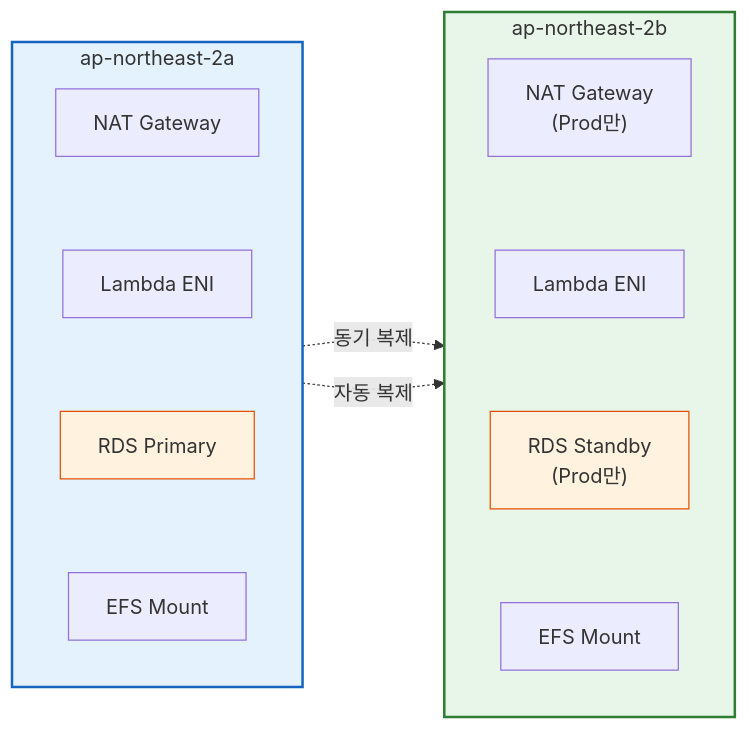
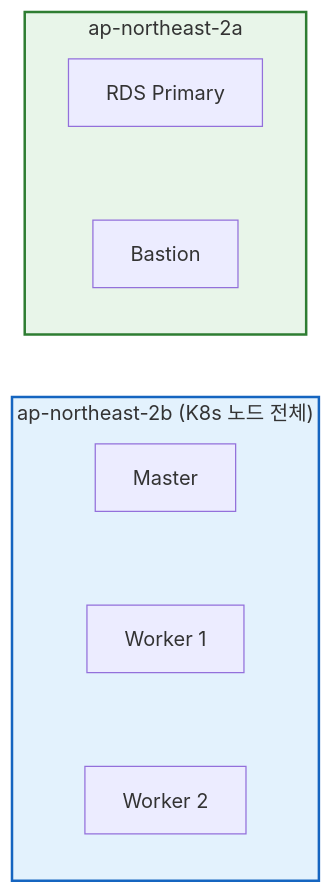
Before and after one commit to 80-hours-a-week/2-cho-community-be: diagram 11 of 18 in report.md, drawn with Mermaid. The commit also changed other lines of this file, not shown here.

First line of the commit message:
docs: report.md Lambda→K8s 아키텍처 전면 갱신

````diff
--- a/report.md
+++ b/report.md
@@ -699,28 +610,20 @@
 ```mermaid
 flowchart LR
+    subgraph AZ_B["ap-northeast-2b (K8s 노드 전체)"]
+        direction TB
+        Master["Master"]
+        Worker1["Worker 1"]
+        Worker2["Worker 2"]
+        Master ~~~ Worker1 ~~~ Worker2
+    end
+
     subgraph AZ_A["ap-northeast-2a"]
         direction TB
-        NAT_A["NAT Gateway"]
-        Lambda_A["Lambda ENI"]
         RDS_A["RDS Primary"]
-        EFS_MA["EFS Mount"]
-        NAT_A ~~~ Lambda_A ~~~ RDS_A ~~~ EFS_MA
+        Bastion["Bastion"]
+        RDS_A ~~~ Bastion
     end
 
-    subgraph AZ_B["ap-northeast-2b"]
-        direction TB
-        NAT_B["NAT Gateway<br/>(Prod만)"]
-        Lambda_B["Lambda ENI"]
-        RDS_B["RDS Standby<br/>(Prod만)"]
-        EFS_MB["EFS Mount"]
-        NAT_B ~~~ Lambda_B ~~~ RDS_B ~~~ EFS_MB
-    end
-
-    RDS_A -. "동기 복제" .-> RDS_B
-    EFS_MA -. "자동 복제" .-> EFS_MB
-
-    style AZ_A fill:#e3f2fd,stroke:#1565c0,stroke-width:2px
-    style AZ_B fill:#e8f5e9,stroke:#2e7d32,stroke-width:2px
-    style RDS_A fill:#fff3e0,stroke:#e65100
-    style RDS_B fill:#fff3e0,stroke:#e65100
+    style AZ_B fill:#e3f2fd,stroke:#1565c0,stroke-width:2px
+    style AZ_A fill:#e8f5e9,stroke:#2e7d32,stroke-width:2px
 ```
````
